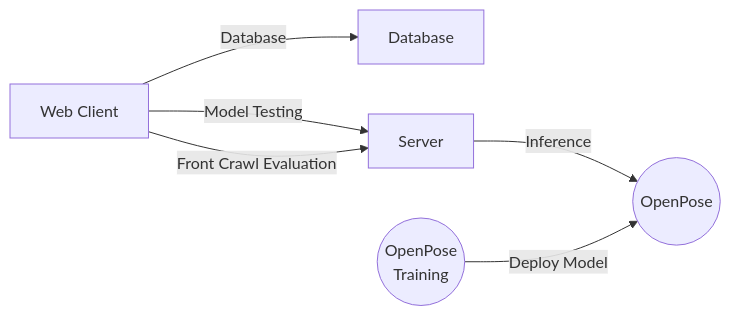
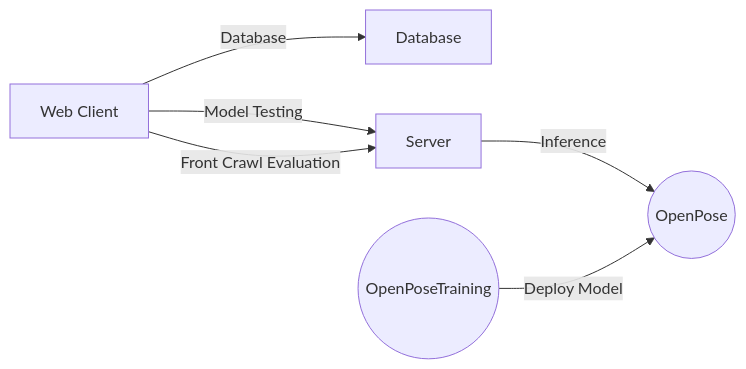
One commit to roeegro/SwimFix changed the diagram in README.md. Above: the diagram before and after it, drawn with Mermaid. The commit also changed other lines of this file, not shown here.

````diff
--- a/README.md
+++ b/README.md
@@ -54,14 +54,14 @@
 ```mermaid
 graph LR
 	A[Web Client]
 	E[Database]
 	B[Server]
 	C((OpenPose))
-	D((OpenPose<br>Training))
+	D((OpenPoseTraining))
 
 	A -- Model Testing --> B
 	A -- Database --> E
 	A -- Front Crawl Evaluation --> B
 	B -- Inference --> C
 	D -- Deploy Model --> C
 ```
````
